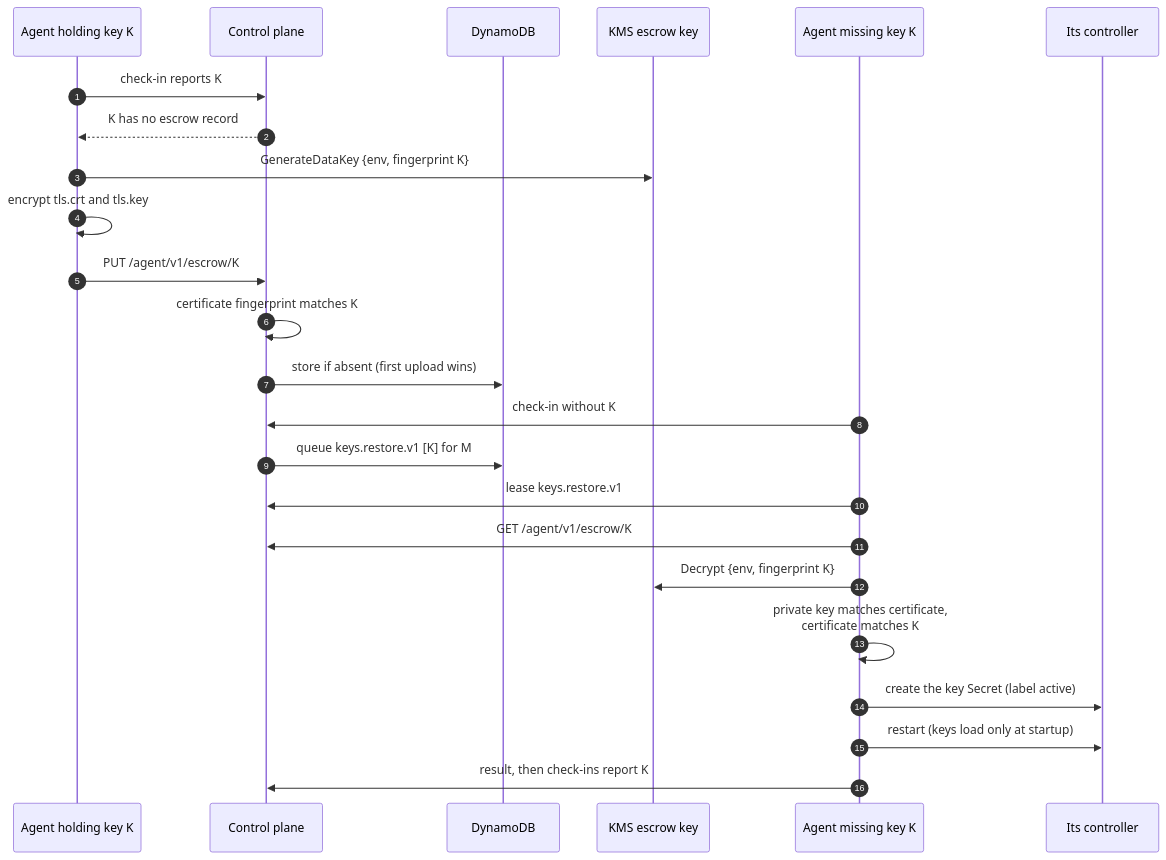
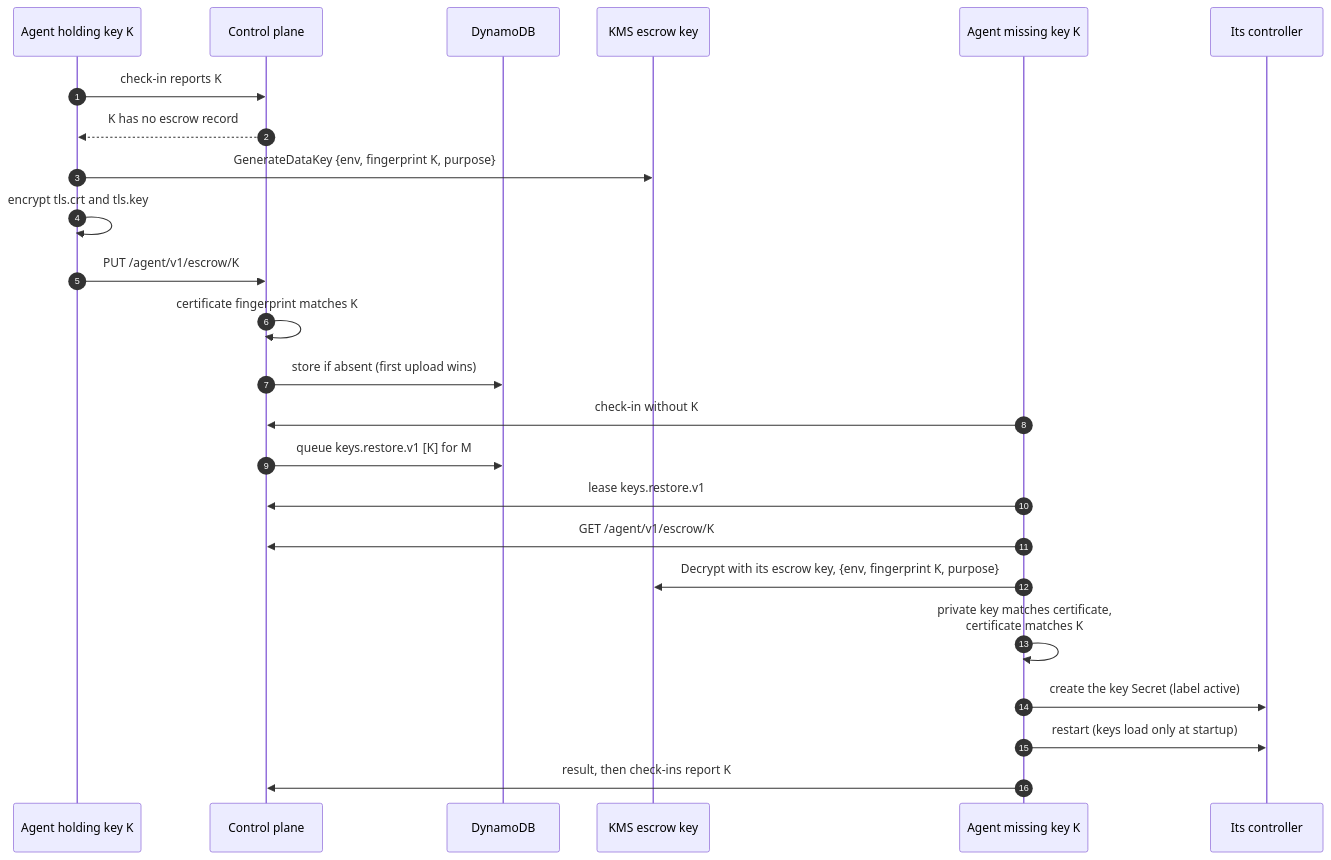
One commit to cruxstack/k8s-sealed-secrets-sealer changed the fifth of 5 diagrams in docs/design.md. Above: the diagram before and after it, drawn with Mermaid. The commit also changed other lines of this file and 48 other files, not shown here.

First line of the commit message:
feat: sync sealing keys through escrow and manage key renewal (#7)

````diff
--- a/docs/design.md
+++ b/docs/design.md
@@ -482,27 +504,27 @@
 ```mermaid
 sequenceDiagram
   autonumber
   participant H as Agent holding key K
   participant CP as Control plane
   participant DB as DynamoDB
   participant KMS as KMS escrow key
   participant M as Agent missing key K
   participant C as Its controller
 
   H->>CP: check-in reports K
   CP-->>H: K has no escrow record
-  H->>KMS: GenerateDataKey {env, fingerprint K}
+  H->>KMS: GenerateDataKey {env, fingerprint K, purpose}
   H->>H: encrypt tls.crt and tls.key
   H->>CP: PUT /agent/v1/escrow/K
   CP->>CP: certificate fingerprint matches K
   CP->>DB: store if absent (first upload wins)
   M->>CP: check-in without K
   CP->>DB: queue keys.restore.v1 [K] for M
   M->>CP: lease keys.restore.v1
   M->>CP: GET /agent/v1/escrow/K
-  M->>KMS: Decrypt {env, fingerprint K}
+  M->>KMS: Decrypt with its escrow key, {env, fingerprint K, purpose}
   M->>M: private key matches certificate,<br/>certificate matches K
   M->>C: create the key Secret (label active)
   M->>C: restart (keys load only at startup)
   M->>CP: result, then check-ins report K
 ```
````
